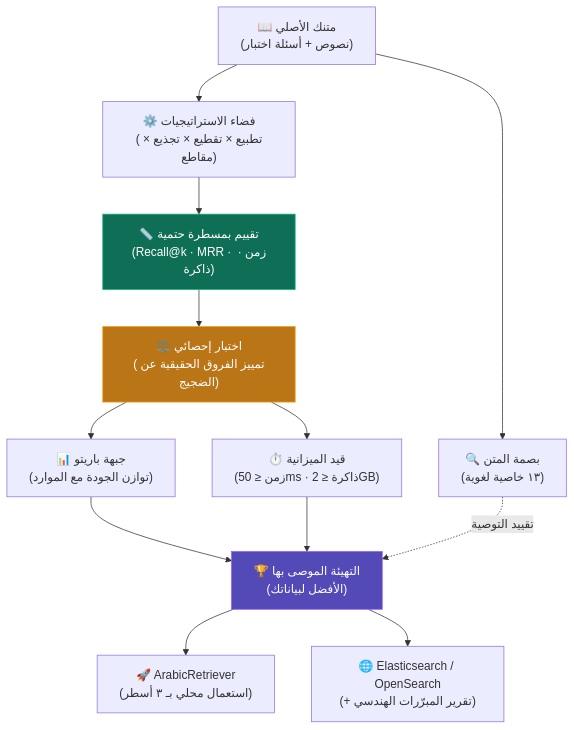
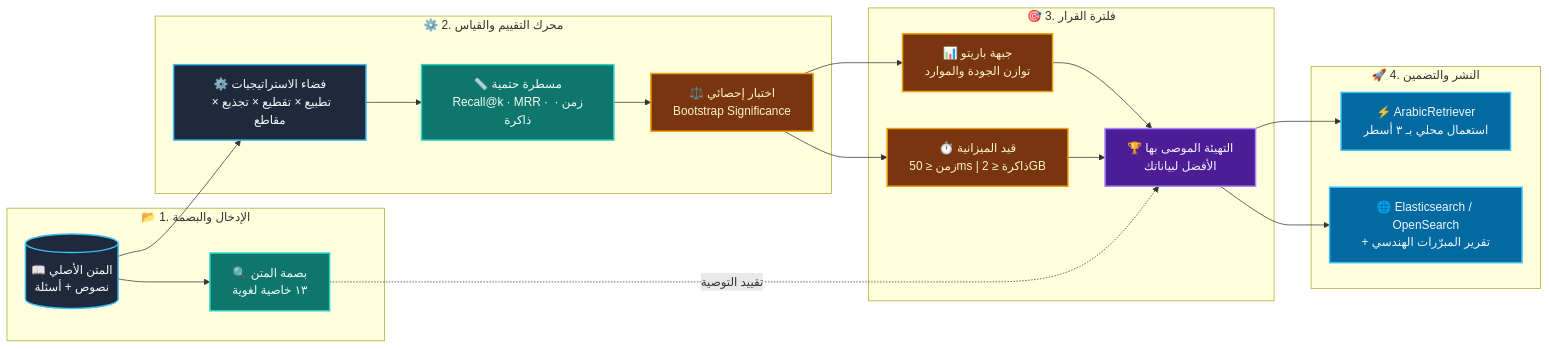
One commit to gomoodh-droid/arabic-retrieval changed the diagram in README.md. Above: the diagram before and after it, drawn with Mermaid. The commit also changed other lines of this file and 1 other file, not shown here.

Commit message:
style: redesign Mermaid architecture diagrams into modern grouped subgraphs (flowchart LR)

````diff
--- a/README.md
+++ b/README.md
@@ -54,23 +54,48 @@
 ```mermaid
-flowchart TD
-    A["📖 متنك الأصلي<br/>(نصوص + أسئلة اختبار)"]
-    A --> F["🔍 بصمة المتن<br/>(١٣ خاصية لغوية)"]
-    A --> S["⚙️ فضاء الاستراتيجيات<br/>(تطبيع × تقطيع × تجذيع × مقاطع)"]
+flowchart LR
+    subgraph INPUT [" 📂 1. الإدخال والبصمة "]
+        A[("📖 المتن الأصلي<br/>نصوص + أسئلة")]
+        F["🔍 بصمة المتن<br/>١٣ خاصية لغوية"]
+    end
 
-    S --> M["📏 تقييم بمسطرة حتمية<br/>(Recall@k · MRR · زمن · ذاكرة)"]
-    M --> T["⚖️ اختبار إحصائي<br/>(تمييز الفروق الحقيقية عن الضجيج)"]
+    subgraph ENGINE [" ⚙️ 2. محرك التقييم والقياس "]
+        S["⚙️ فضاء الاستراتيجيات<br/>تطبيع × تقطيع × تجذيع × مقاطع"]
+        M["📏 مسطرة حتمية<br/>Recall@k · MRR · زمن · ذاكرة"]
+        T["⚖️ اختبار إحصائي<br/>Bootstrap Significance"]
+    end
 
-    T --> P["📊 جبهة باريتو<br/>(توازن الجودة مع الموارد)"]
-    T --> B["⏱️ قيد الميزانية<br/>(زمن ≤ 50ms · ذاكرة ≤ 2GB)"]
+    subgraph DECISION [" 🎯 3. فلترة القرار "]
+        P["📊 جبهة باريتو<br/>توازن الجودة والموارد"]
+        B["⏱️ قيد الميزانية<br/>زمن ≤ 50ms | ذاكرة ≤ 2GB"]
+        W["🏆 التهيئة الموصى بها<br/>الأفضل لبياناتك"]
+    end
 
-    P --> W["🏆 التهيئة الموصى بها<br/>(الأفضل لبياناتك)"]
+    subgraph EXPORT [" 🚀 4. النشر والتضمين "]
+        L["⚡ ArabicRetriever<br/>استعمال محلي بـ ٣ أسطر"]
+        E["🌐 Elasticsearch / OpenSearch<br/>+ تقرير المبرّرات الهندسي"]
+    end
+
+    A --> F
+    A --> S
+    S --> M
+    M --> T
+    T --> P
+    T --> B
+    P --> W
     B --> W
     F -.->|"تقييد التوصية"| W
+    W --> L
+    W --> E
 
-    W --> L["🚀 ArabicRetriever<br/>(استعمال محلي بـ ٣ أسطر)"]
-    W --> E["🌐 Elasticsearch / OpenSearch<br/>(+ تقرير المبرّرات الهندسي)"]
+    classDef primary fill:#1E293B,stroke:#38BDF8,stroke-width:2px,color:#F8FAFC;
+    classDef metric fill:#0F766E,stroke:#2DD4BF,stroke-width:2px,color:#F0FDF4;
+    classDef stat fill:#78350F,stroke:#F59E0B,stroke-width:2px,color:#FEF3C7;
+    classDef winner fill:#4C1D95,stroke:#A78BFA,stroke-width:2px,color:#F5F3FF;
+    classDef target fill:#0369A1,stroke:#38BDF8,stroke-width:2px,color:#F0F9FF;
 
-    style M fill:#0F6E56,stroke:#10B981,color:#FFFFFF
-    style T fill:#BA7517,stroke:#F59E0B,color:#FFFFFF
-    style W fill:#534AB7,stroke:#8B5CF6,color:#FFFFFF
+    class A,S primary;
+    class F,M metric;
+    class T,P,B stat;
+    class W winner;
+    class L,E target;
 ```
````
